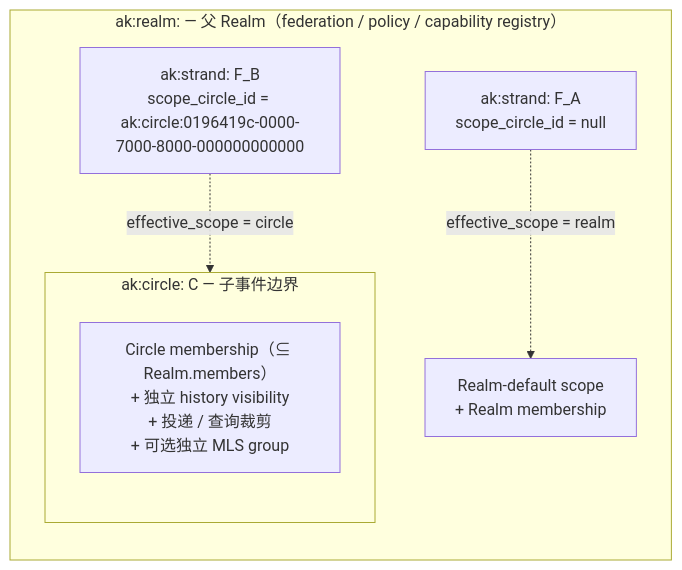
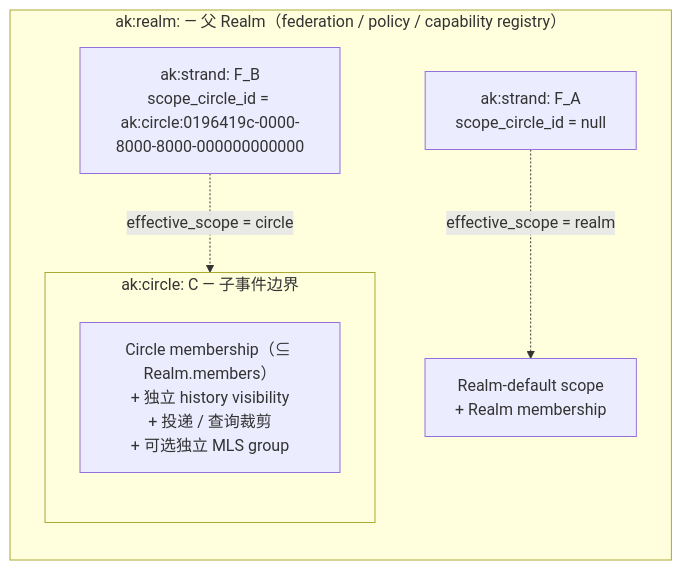
The diagram in spec/v1/zh/models/strand-and-message.md (arkret-org/arkret-spec), drawn with Mermaid before and after one commit. The commit also changed other lines of this file and 188 other files, not shown here.

````diff
--- a/spec/v1/zh/models/strand-and-message.md
+++ b/spec/v1/zh/models/strand-and-message.md
@@ -345,16 +345,16 @@
 ```mermaid
 flowchart LR
     subgraph Realm ["ak:realm: — 父 Realm（federation / policy / capability registry）"]
         direction TB
         StrandA["ak:strand: F_A<br/>scope_circle_id = null"]
-        StrandB["ak:strand: F_B<br/>scope_circle_id = ak:circle:0196419c-0000-7000-8000-000000000000"]
+        StrandB["ak:strand: F_B<br/>scope_circle_id = ak:circle:0196419c-0000-8000-8000-000000000000"]
         RealmScope["Realm-default scope<br/>+ Realm membership"]
         subgraph Circle ["ak:circle: C — 子事件边界"]
             direction TB
             CircleScope["Circle membership（⊆ Realm.members）<br/>+ 独立 history visibility<br/>+ 投递 / 查询裁剪<br/>+ 可选独立 MLS group"]
         end
 
         StrandA -. "effective_scope = realm" .-> RealmScope
         StrandB -. "effective_scope = circle" .-> CircleScope
     end
 ```
````
